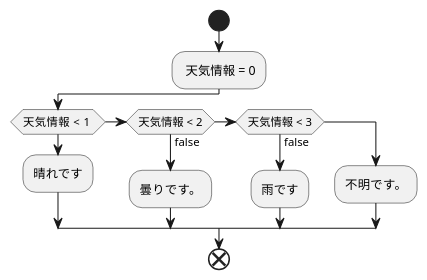
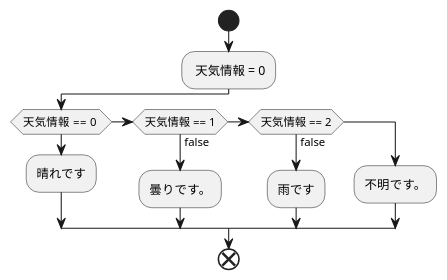
One commit to Aso2001224/2021sys-design changed the diagram in weather.md. Above: the diagram before and after it, drawn with PlantUML.

````diff
--- a/weather.md
+++ b/weather.md
@@ -1,16 +1,16 @@
 ```uml
 @startuml
 start
 : 天気情報 = 0;
-if(天気情報  < 1 )
+if(天気情報  == 0 )
 :晴れです;
-else if(天気情報 < 2)then(false)
+else if(天気情報 == 1)then(false)
 :曇りです。;
-else if(天気情報 < 3)then(false)
+else if(天気情報 == 2)then(false)
 :雨です;
 else
 :不明です。;
 endif
 end
 @enduml
 ```
````
